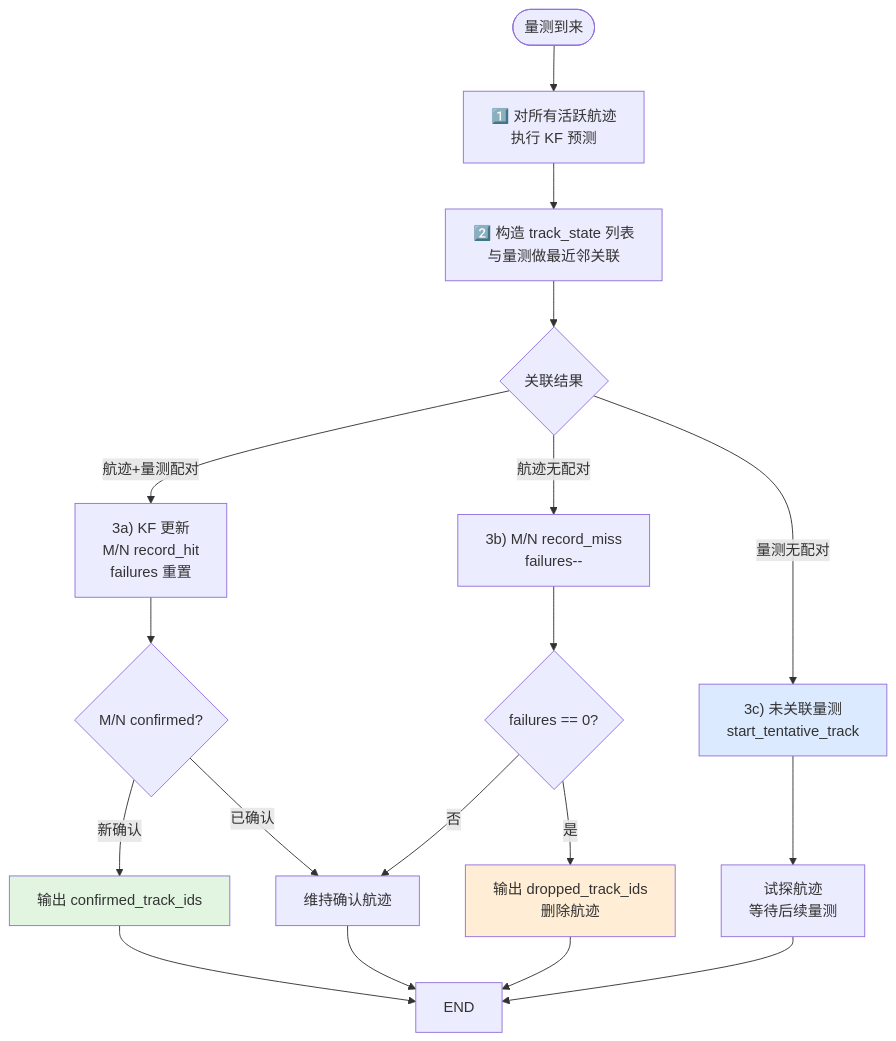
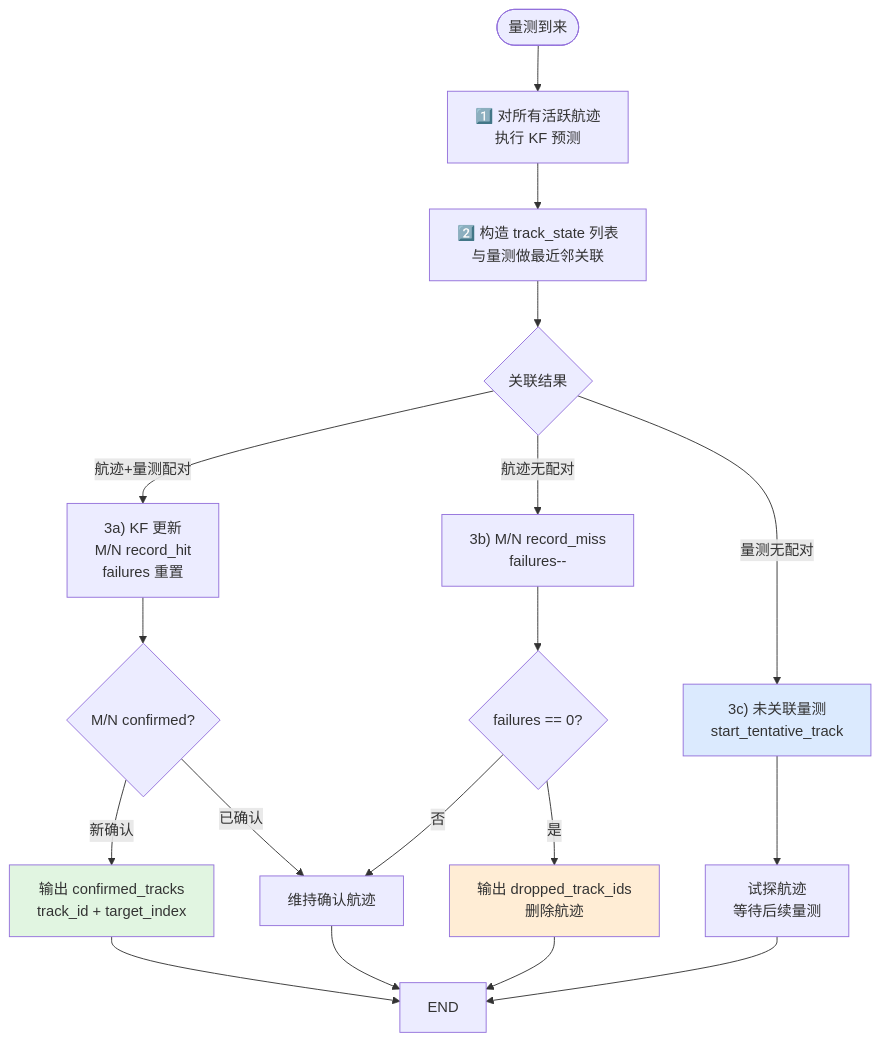
Before and after one commit to xin-gao-04/xsf-math: the second of 4 diagrams in docs/行为层/跟踪/航迹管理工作流.md, drawn with Mermaid. The commit also changed other lines of this file and 47 other files, not shown here.

````diff
--- a/docs/行为层/跟踪/航迹管理工作流.md
+++ b/docs/行为层/跟踪/航迹管理工作流.md
@@ -28,24 +28,24 @@
 ```mermaid
 flowchart TD
     START(["量测到来"]) --> PRED["1️⃣ 对所有活跃航迹<br/>执行 KF 预测"]
     PRED --> ASSOC["2️⃣ 构造 track_state 列表<br/>与量测做最近邻关联"]
     ASSOC --> BRANCH{"关联结果"}
     BRANCH -->|航迹+量测配对| UPD["3a) KF 更新<br/>M/N record_hit<br/>failures 重置"]
     BRANCH -->|航迹无配对| MISS["3b) M/N record_miss<br/>failures--"]
     BRANCH -->|量测无配对| NEW["3c) 未关联量测<br/>start_tentative_track"]
     UPD --> CHECK1{"M/N confirmed?"}
-    CHECK1 -->|新确认| CONF["输出 confirmed_track_ids"]
+    CHECK1 -->|新确认| CONF["输出 confirmed_tracks<br/>track_id + target_index"]
     CHECK1 -->|已确认| MAINT["维持确认航迹"]
     MISS --> CHECK2{"failures == 0?"}
     CHECK2 -->|是| DROP["输出 dropped_track_ids<br/>删除航迹"]
     CHECK2 -->|否| MAINT
     NEW --> TENT["试探航迹<br/>等待后续量测"]
     CONF --> END
     MAINT --> END
     DROP --> END
     TENT --> END
 
     style CONF fill:#e1f5e1
     style DROP fill:#ffedd5
     style NEW fill:#dbeafe
 ```
````
